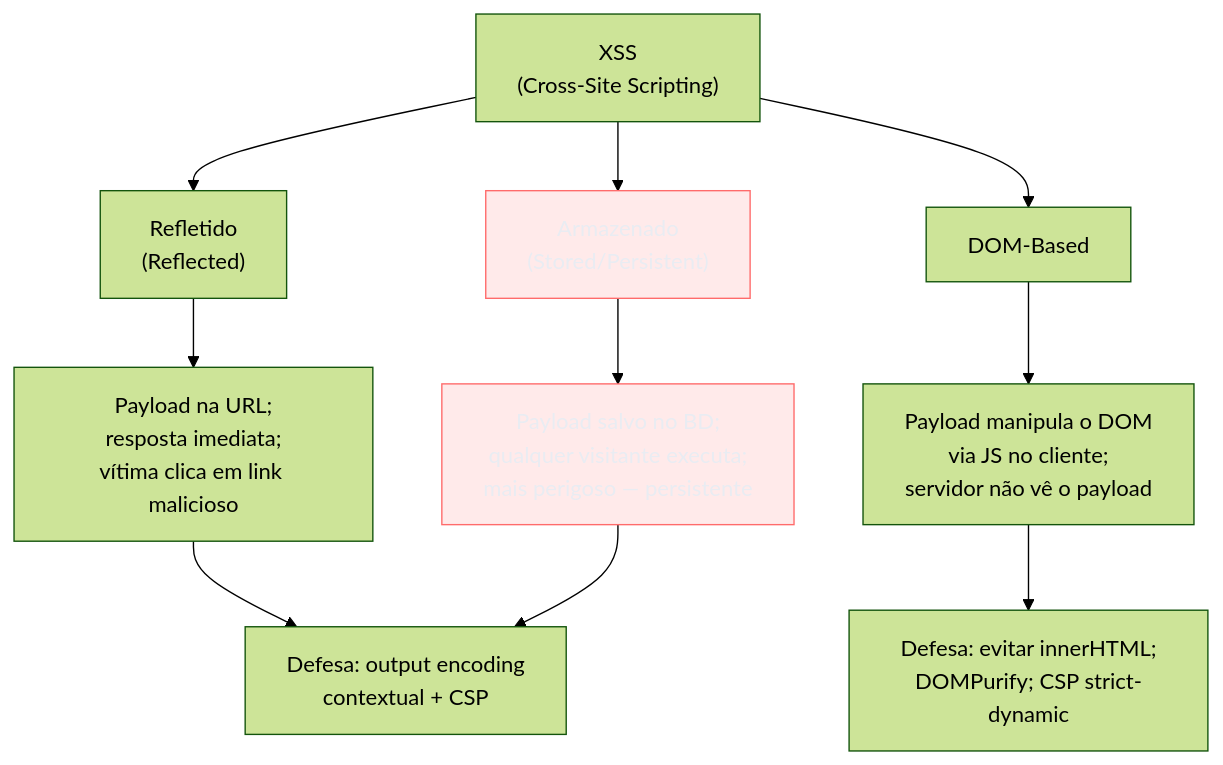
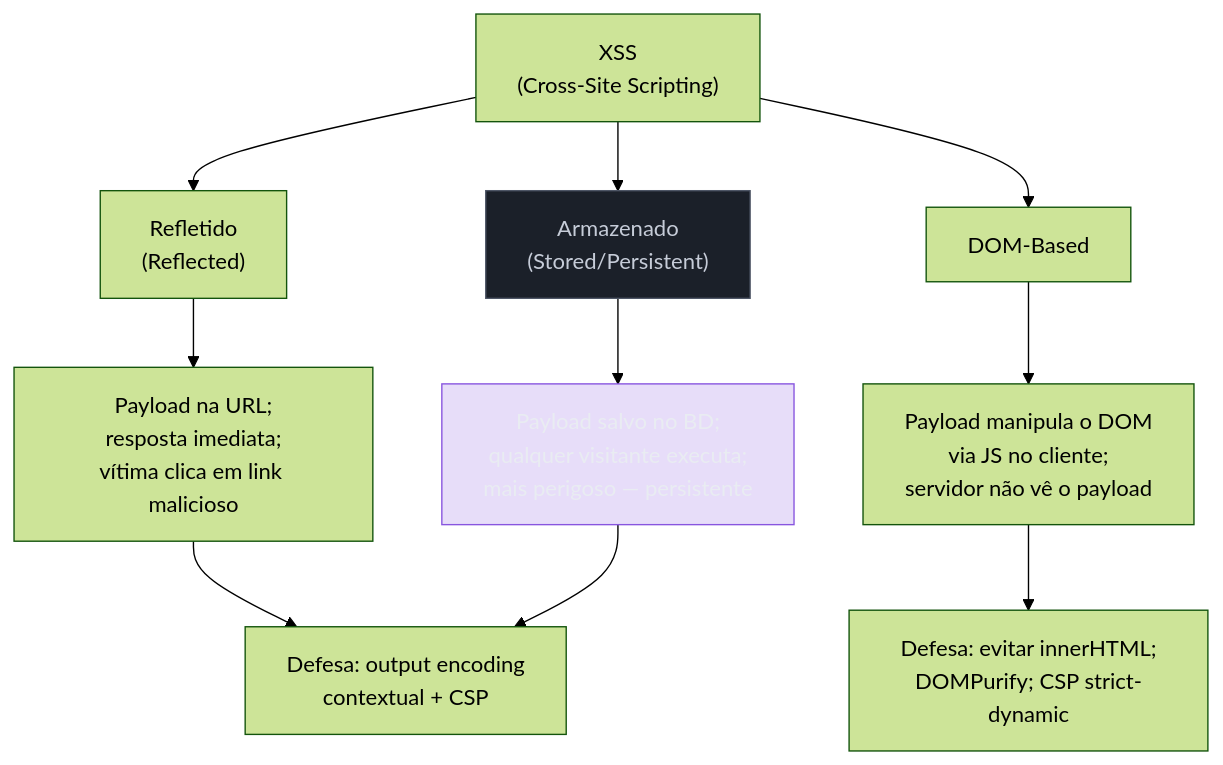
One commit to josenaldo/codex-technomanticus changed the second of 6 diagrams in 03-Dominios/Engenharia/Segurança/16 - Classes de vulnerabilidade.md. Above: the diagram before and after it, drawn with Mermaid (forest theme). The commit also changed other lines of this file and 601 other files, not shown here.

````diff
--- a/03-Dominios/Engenharia/Segurança/16 - Classes de vulnerabilidade.md
+++ b/03-Dominios/Engenharia/Segurança/16 - Classes de vulnerabilidade.md
@@ -104,19 +104,20 @@
 ```mermaid
 flowchart TD
-    classDef falha fill:#FF6B6B24,stroke:#FF6B6B,color:#E9ECF2
+    classDef marca fill:#8855DF33,stroke:#8855DF,color:#E9ECF2
+    classDef neutro fill:#1B2029,stroke:#4E5666,color:#C6CCD8
     XSS["XSS\n(Cross-Site Scripting)"]
     XSS --> R["Refletido\n(Reflected)"]
     XSS --> A["Armazenado\n(Stored/Persistent)"]
     XSS --> D["DOM-Based"]
 
     R --> R1["Payload na URL;\nresposta imediata;\nvítima clica em link malicioso"]
     A --> A1["Payload salvo no BD;\nqualquer visitante executa;\nmais perigoso — persistente"]
     D --> D1["Payload manipula o DOM\nvia JS no cliente;\nservidor não vê o payload"]
 
     R1 --> DEF["Defesa: output encoding\ncontextual + CSP"]
     A1 --> DEF
     D1 --> DEF2["Defesa: evitar innerHTML;\nDOMPurify; CSP strict-dynamic"]
 
-    class A falha
-    class A1 falha
+    class A neutro
+    class A1 marca
 ```
````
